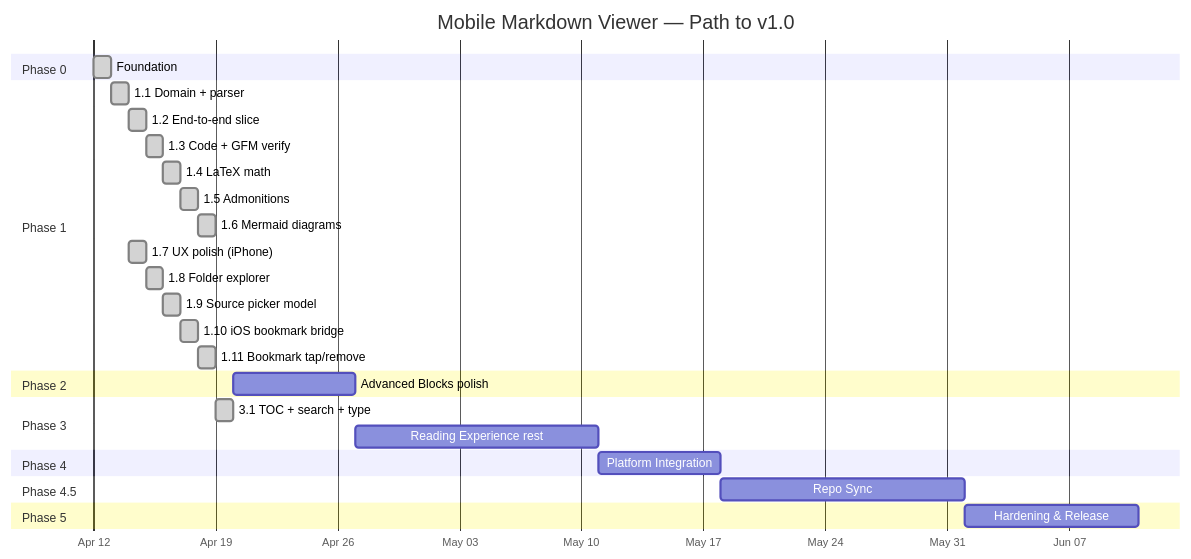
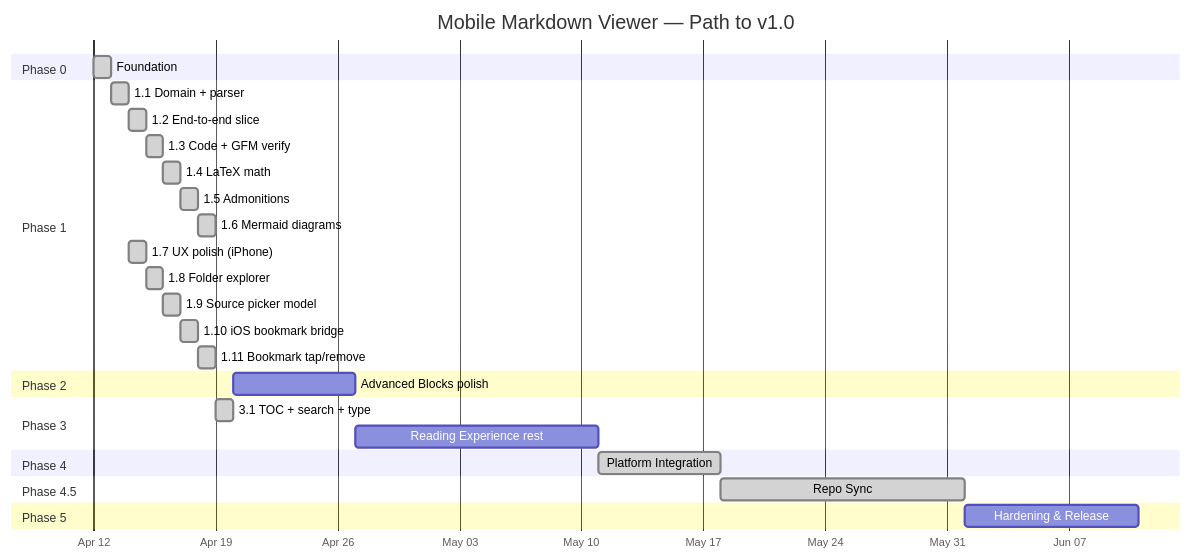
One commit to cemililik/markdown-viewer-mobile changed the diagram in docs/roadmap.md. Above: the diagram before and after it, drawn with Mermaid. The commit also changed other lines of this file and 34 other files, not shown here.

First line of the commit message:
feat(repo-sync): Phase 4.5 — GitHub repo sync with full UX polish

````diff
--- a/docs/roadmap.md
+++ b/docs/roadmap.md
@@ -8,38 +8,38 @@
 ```mermaid
 gantt
     title Mobile Markdown Viewer — Path to v1.0
     dateFormat  YYYY-MM-DD
     axisFormat  %b %d
 
     section Phase 0
     Foundation               :done, p0, 2026-04-12, 1d
 
     section Phase 1
     1.1 Domain + parser      :done, p11, 2026-04-13, 1d
     1.2 End-to-end slice     :done, p12, after p11, 1d
     1.3 Code + GFM verify    :done, p13, after p12, 1d
     1.4 LaTeX math           :done, p14, after p13, 1d
     1.5 Admonitions          :done, p15, after p14, 1d
     1.6 Mermaid diagrams     :done, p16, after p15, 1d
     1.7 UX polish (iPhone)   :done, p17, 2026-04-14, 1d
     1.8 Folder explorer      :done, p18, after p17, 1d
     1.9 Source picker model  :done, p19, after p18, 1d
     1.10 iOS bookmark bridge :done, p110, after p19, 1d
     1.11 Bookmark tap/remove :done, p111, after p110, 1d
 
     section Phase 2
     Advanced Blocks polish   :p2, after p31, 7d
 
     section Phase 3
     3.1 TOC + search + type  :done, p31, after p111, 1d
     Reading Experience rest  :p3, after p2, 14d
 
     section Phase 4
-    Platform Integration     :p4, after p3, 7d
+    Platform Integration     :done, p4, after p3, 7d
 
     section Phase 4.5
-    Repo Sync                :p45, after p4, 14d
+    Repo Sync                :done, p45, after p4, 14d
 
     section Phase 5
     Hardening & Release      :p5, after p45, 10d
 ```
````
